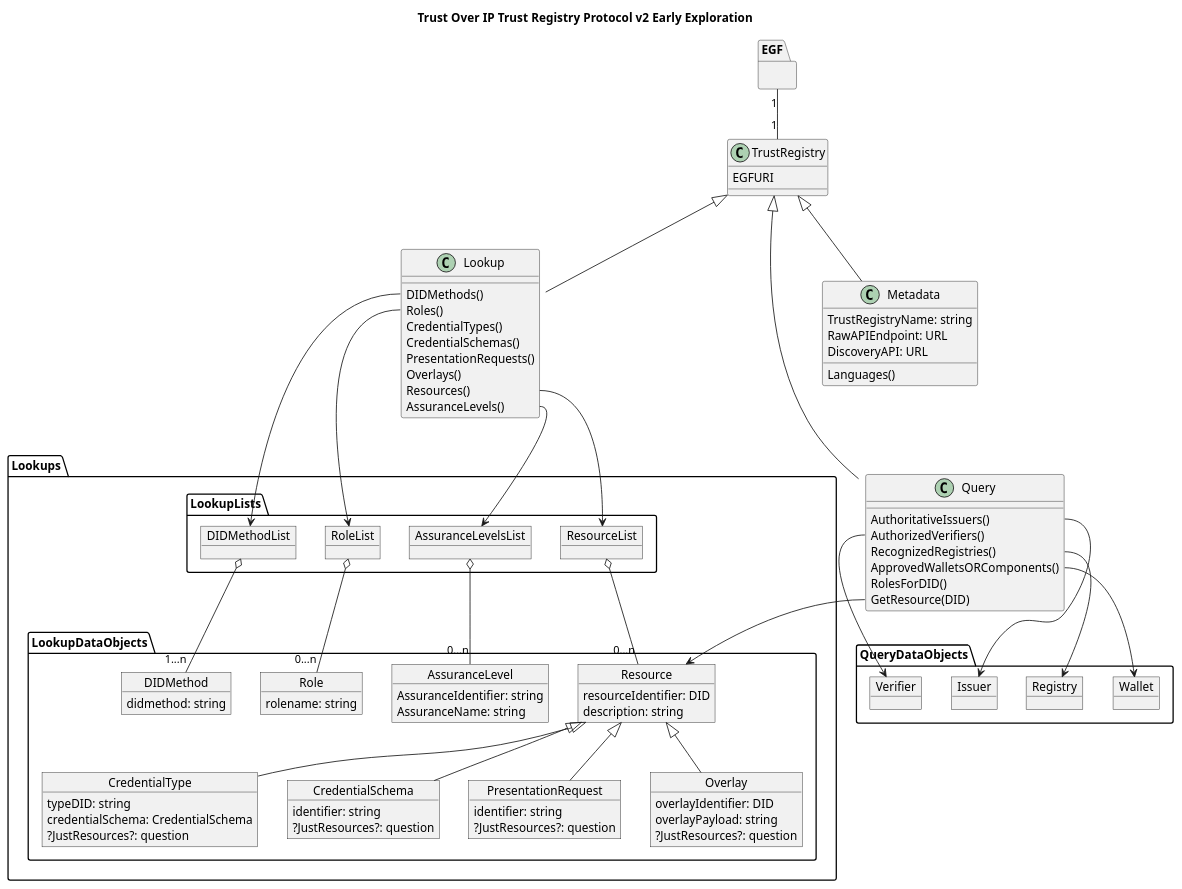
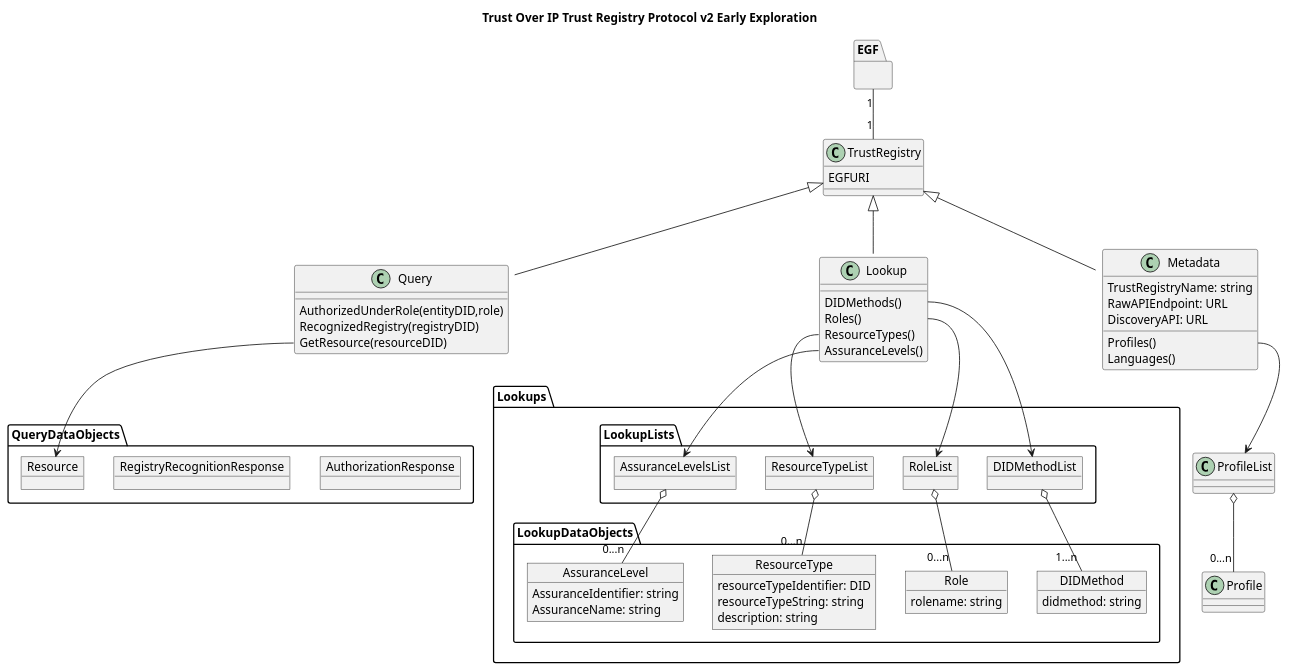
Before and after one commit to trustoverip/tswg-trust-registry-tf: the diagram in v2/logical/highlevel.plantuml, drawn with PlantUML. The commit also changed 2 other files, not shown here.

```diff
--- a/v2/logical/highlevel.plantuml
+++ b/v2/logical/highlevel.plantuml
@@ -1,163 +1,159 @@
 @startuml
 
 
 
 title Trust Over IP Trust Registry Protocol v2 Early Exploration
 
 package EGF {
 
 }
 
 ' object Error 
 class TrustRegistry {
     EGFURI
 }
 
 class Query {
-    AuthoritativeIssuers()
-    AuthorizedVerifiers()
-    RecognizedRegistries()
-    ApprovedWalletsORComponents()
-    RolesForDID()
-    GetResource(DID)  
+    AuthorizedUnderRole(entityDID,role)
+    RecognizedRegistry(registryDID)
+    GetResource(resourceDID)  
 }
 
 class Lookup {
     DIDMethods() 
     Roles()
-    CredentialTypes()
-    CredentialSchemas()
-    PresentationRequests()
-    Overlays()
-    Resources()
+    ResourceTypes()
+    ' CredentialTypes()
+    ' CredentialSchemas()
+    ' PresentationRequests()
+    ' Overlays()
     AssuranceLevels()
-    
-
 }
 
 class Metadata {
     TrustRegistryName: string
     RawAPIEndpoint: URL 
     DiscoveryAPI: URL 
+    Profiles()
     Languages() 
 }
 
 ' inheritance
 
 EGF "1" -- "1" TrustRegistry
 
 TrustRegistry <|-- Query
 TrustRegistry <|-- Lookup 
 TrustRegistry <|-- Metadata 
 
 package QueryDataObjects {
-    object Issuer 
-    object Verifier 
-    object Wallet 
-    object Registry 
+    object AuthorizationResponse 
+    object RegistryRecognitionResponse 
+    object Resource 
+    
 }
 package Lookups {
     package LookupLists {
         object DIDMethodList
         object RoleList
-        object ResourceList
+        object ResourceTypeList
         
         object AssuranceLevelsList
         ' object CredentialTypeList 
         ' object CredentialSchemaList
         ' object PresentationRequestList
         ' object OverlayList 
         
     }
 
     package LookupDataObjects {
     
         
         object DIDMethod {
             didmethod: string 
         }
         object Role {
             rolename: string 
         }
-        object CredentialType {
-            typeDID: string
-            credentialSchema: CredentialSchema
-            ?JustResources?: question
+        ' object CredentialType {
+        '     typeDID: string
+        '     credentialSchema: CredentialSchema
+        '     ?JustResources?: question
 
-        }
-        object CredentialSchema {
-            identifier: string
-            ?JustResources?: question
-        }
-        object PresentationRequest{
-            identifier: string
-            ?JustResources?: question
+        ' }
+        ' object CredentialSchema {
+        '     identifier: string
+        '     ?JustResources?: question
+        ' }
+        ' object PresentationRequest{
+        '     identifier: string
+        '     ?JustResources?: question
 
-        }
-        object Overlay {
-            overlayIdentifier: DID
-            overlayPayload: string 
-            ?JustResources?: question
-        }
-        object Resource {
-            resourceIdentifier: DID
+        ' }
+        ' object Overlay {
+        '     overlayIdentifier: DID
+        '     overlayPayload: string 
+        '     ?JustResources?: question
+        ' }
+        object ResourceType {
+            resourceTypeIdentifier: DID
+            resourceTypeString: string
             description: string 
         }
         object AssuranceLevel {
             AssuranceIdentifier: string
             AssuranceName: string
             'TODO multilingual
         }
 
-
     }
 }
 
 
 
 
-Query::AuthoritativeIssuers --> Issuer
-Query::AuthorizedVerifiers --> Verifier 
-Query::RecognizedRegistries --> Registry 
-Query::ApprovedWallets --> Wallet 
+
+
 Query::GetResource --> Resource
 
 Lookup::DIDMethods --> DIDMethodList
 Lookup::Roles --> RoleList
 
-Lookup::Resources --> ResourceList  
+Lookup::ResourceTypes --> ResourceTypeList  
 Lookup::AssuranceLevels --> AssuranceLevelsList
 
-
+Metadata::Profiles --> ProfileList
+ProfileList o-- "0...n" Profile
 
 
 
 DIDMethodList o-- "1...n" DIDMethod 
 RoleList o-- "0...n" Role
-
+ResourceTypeList o-- "0...n" ResourceType
 
 
 '' High-Level lots of specific classes
 ' Lookup::CredentialTypes --> CredentialTypeList
 ' Lookup::CredentialSchemas --> CredentialSchemaList
 ' Lookup::PresentationRequests --> PresentationRequestList
 ' Lookup::Overlays --> OverlayList
 ' Lookup::CredentialTypes --> CredentialTypeList
 ' Lookup::CredentialSchemas --> CredentialSchemaList
 ' Lookup::PresentationRequests --> PresentationRequestList
 ' Lookup::Overlays --> OverlayList
 ' CredentialTypeList o-- "0..n" CredentialType
 ' CredentialSchemaList o-- "0..n" CredentialSchema
 ' CredentialType o-- CredentialSchema
 ' PresentationRequestList o-- "0..n" PresentationRequest
 ' OverlayList o-- "0...n" Overlay
-ResourceList o-- "0...n" Resource 
+
 AssuranceLevelsList o-- "0...n" AssuranceLevel
 
 '' Use Resources for assets
-Resource <|-- Overlay
-Resource <|-- CredentialSchema
-Resource <|-- PresentationRequest
-Resource <|-- CredentialType
+' Resource <|-- Overlay
+' Resource <|-- CredentialSchema
+' Resource <|-- PresentationRequest
+' Resource <|-- CredentialType
+
 
 @enduml
```
